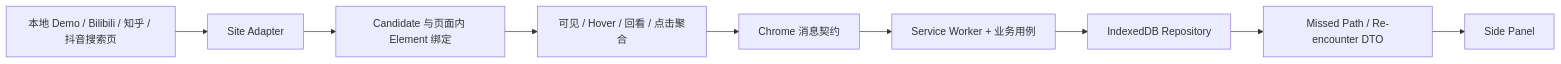
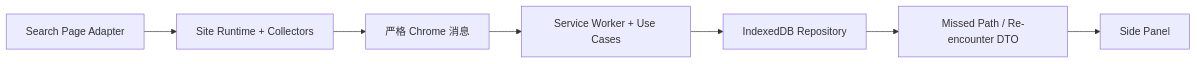
Before and after one commit to callmedog123/Dut_hksS2: the second of 2 diagrams in README.md, drawn with Mermaid. The commit also changed other lines of this file and 18 other files, not shown here.

````diff
--- a/README.md
+++ b/README.md
@@ -28,11 +143,9 @@
 ```mermaid
 flowchart LR
-  A[本地 Demo / Bilibili / 知乎 / 抖音搜索页] --> B[Site Adapter]
-  B --> C[Candidate 与页面内 Element 绑定]
-  C --> D[可见 / Hover / 回看 / 点击聚合]
-  D --> E[Chrome 消息契约]
-  E --> F[Service Worker + 业务用例]
-  F --> G[IndexedDB Repository]
-  G --> H[Missed Path / Re-encounter DTO]
-  H --> I[Side Panel]
+  A[Search Page Adapter] --> B[Site Runtime + Collectors]
+  B --> C[严格 Chrome 消息]
+  C --> D[Service Worker + Use Cases]
+  D --> E[IndexedDB Repository]
+  E --> F[Missed Path / Re-encounter DTO]
+  F --> G[Side Panel]
 ```
````
